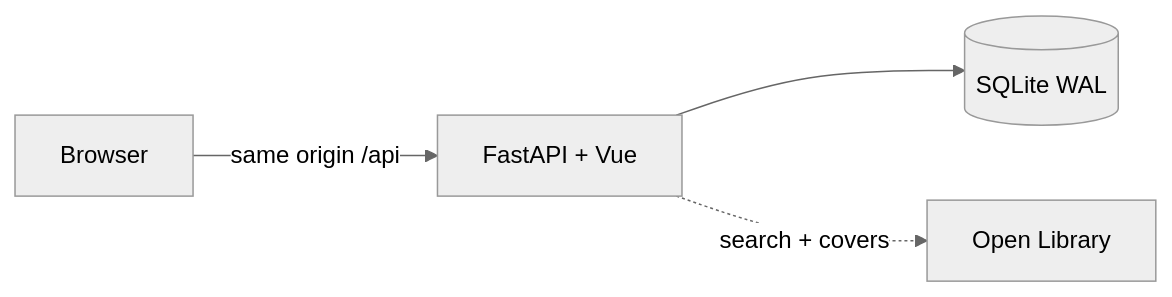
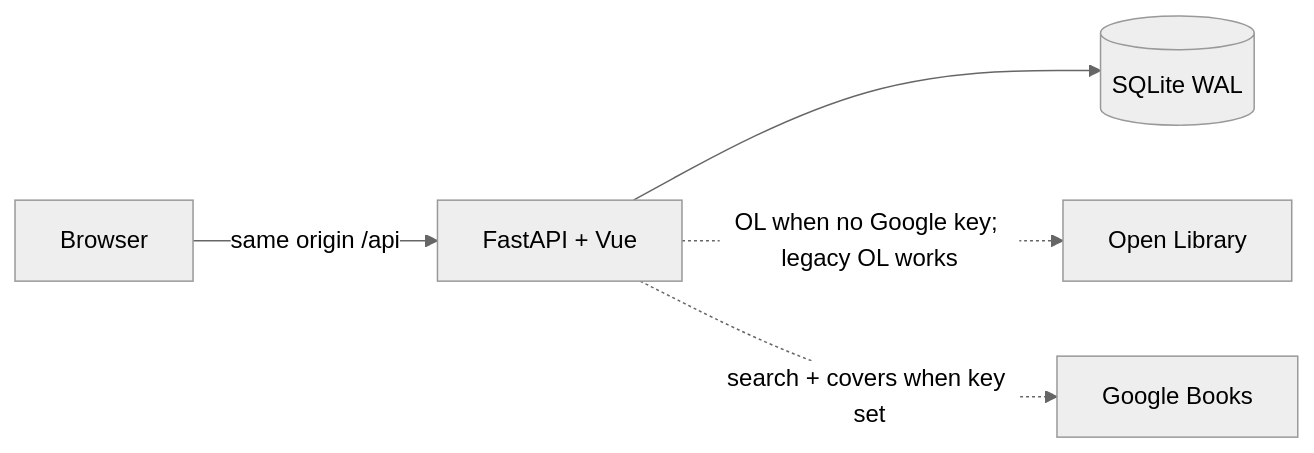
Before and after one commit to rafiistcool/bookclub: the diagram in README.md, drawn with Mermaid (neutral theme). The commit also changed other lines of this file and 42 other files, not shown here.

First line of the commit message:
Google-only catalog when GOOGLE_BOOKS_API_KEY is set

````diff
--- a/README.md
+++ b/README.md
@@ -122,6 +122,7 @@
 ```mermaid
 flowchart LR
   Browser -->|"same origin /api"| App["FastAPI + Vue"]
   App --> DB[("SQLite WAL")]
-  App -.->|"search + covers"| OL[Open Library]
+  App -.->|"OL when no Google key; legacy OL works"| OL[Open Library]
+  App -.->|"search + covers when key set"| GB[Google Books]
 ```
````
